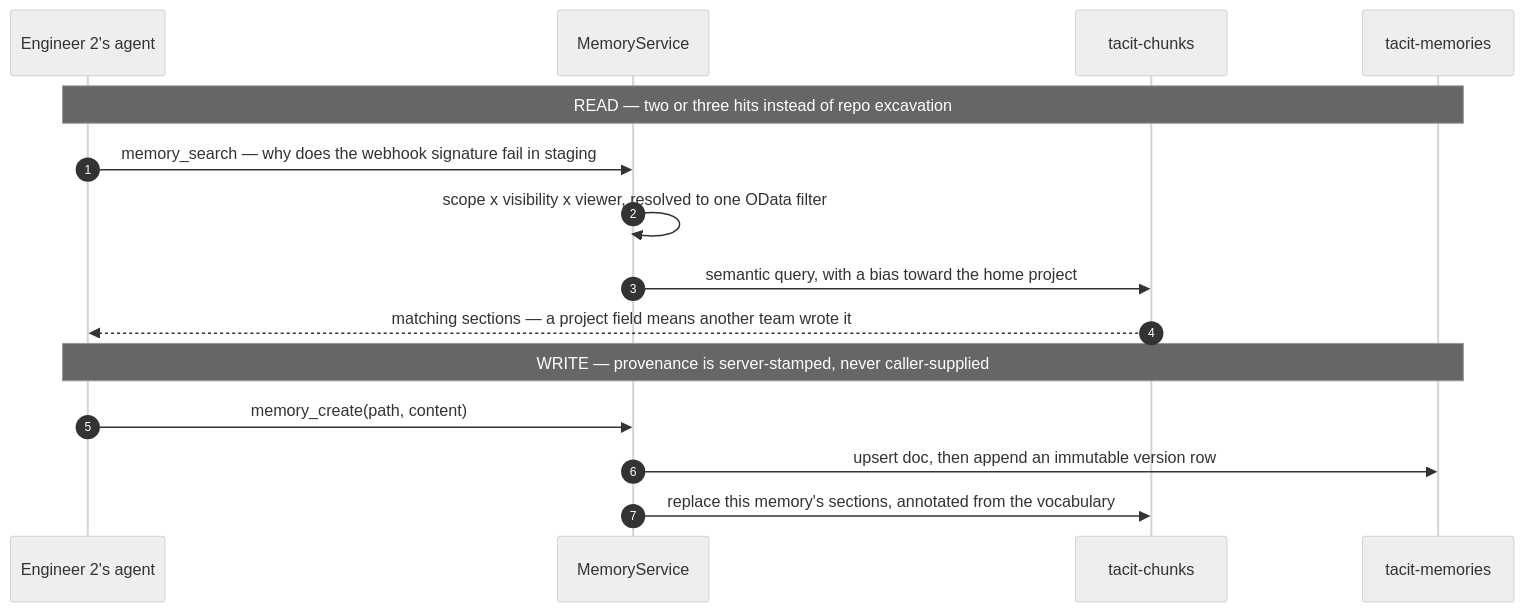
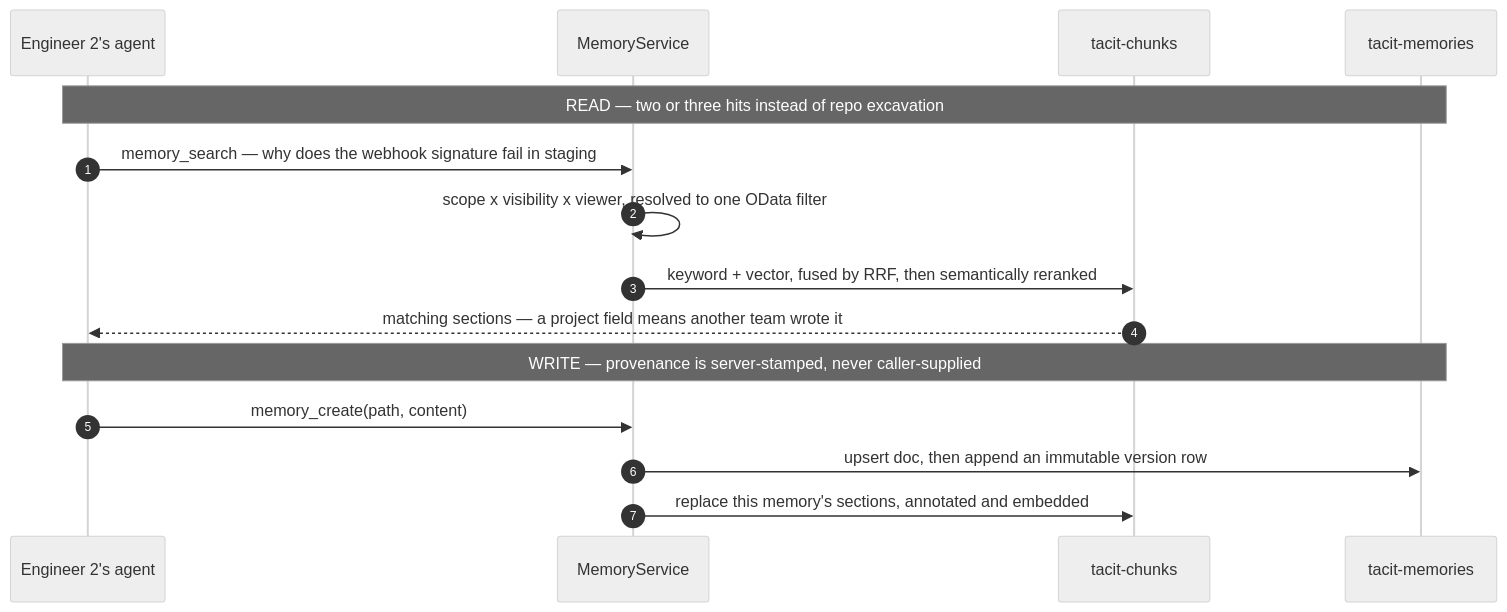
The second of 2 diagrams in README.md (lordlinus/tacit), drawn with Mermaid (neutral theme) before and after one commit. The commit also changed other lines of this file and 10 other files, not shown here.

````diff
--- a/README.md
+++ b/README.md
@@ -71,19 +107,19 @@
 ```mermaid
 sequenceDiagram
     autonumber
     participant A as Engineer 2's agent
     participant S as MemoryService
     participant C as tacit-chunks
     participant M as tacit-memories
 
     Note over A,M: READ — two or three hits instead of repo excavation
     A->>S: memory_search — why does the webhook signature fail in staging
     S->>S: scope x visibility x viewer, resolved to one OData filter
-    S->>C: semantic query, with a bias toward the home project
+    S->>C: keyword + vector, fused by RRF, then semantically reranked
     C-->>A: matching sections — a project field means another team wrote it
 
     Note over A,M: WRITE — provenance is server-stamped, never caller-supplied
     A->>S: memory_create(path, content)
     S->>M: upsert doc, then append an immutable version row
-    S->>C: replace this memory's sections, annotated from the vocabulary
+    S->>C: replace this memory's sections, annotated and embedded
 ```
````
